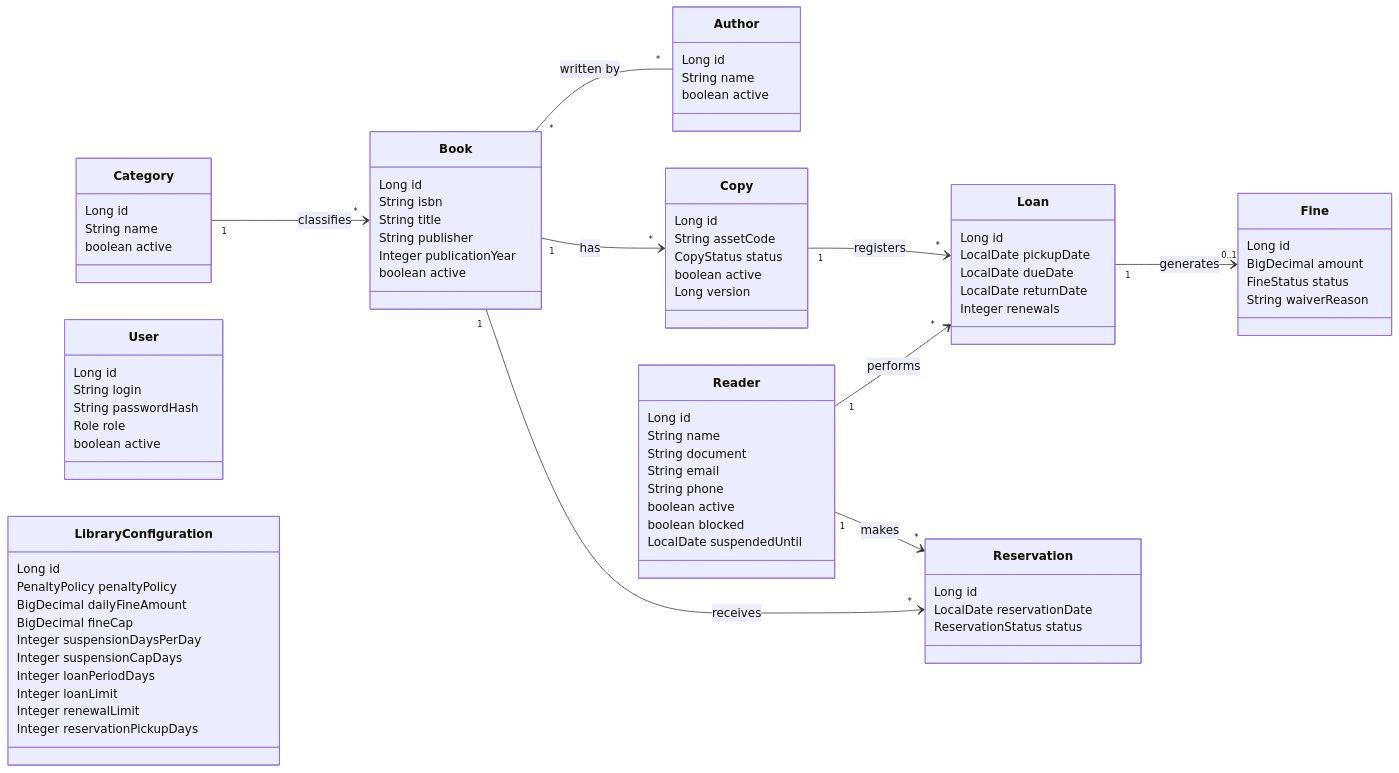
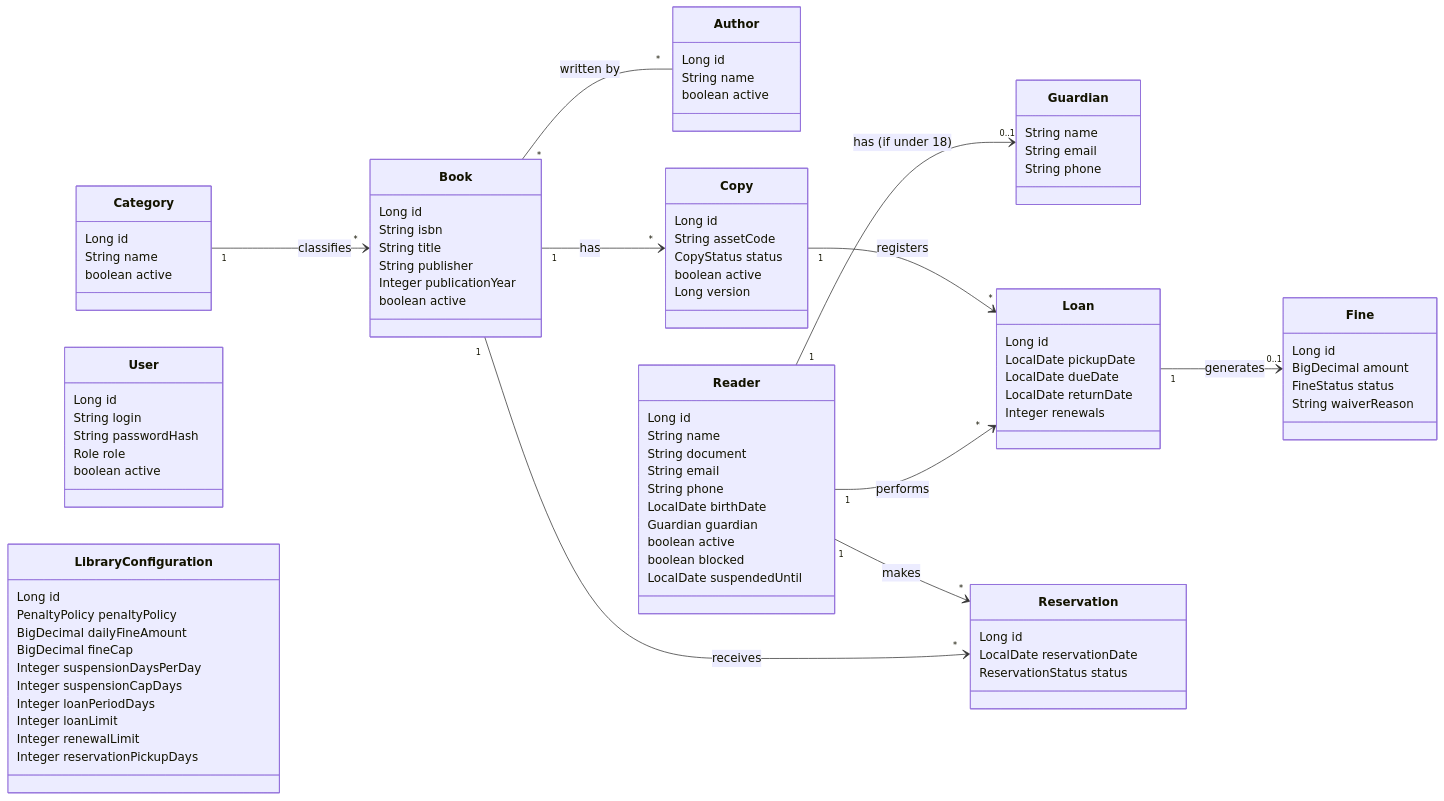
Before and after one commit to Riverfount/BooksManager: the diagram in docs/diagramas.md, drawn with Mermaid. The commit also changed 3 other files, not shown here.

```diff
--- a/docs/diagramas.md
+++ b/docs/diagramas.md
@@ -38,9 +38,16 @@
         String document
         String email
         String phone
+        LocalDate birthDate
+        Guardian guardian
         boolean active
         boolean blocked
         LocalDate suspendedUntil
+    }
+    class Guardian {
+        String name
+        String email
+        String phone
     }
     class Loan {
         Long id
@@ -83,6 +90,7 @@
     Category "1" --> "*" Book : classifies
     Book "1" --> "*" Copy : has
     Copy "1" --> "*" Loan : registers
+    Reader "1" --> "0..1" Guardian : has (if under 18)
     Reader "1" --> "*" Loan : performs
     Loan "1" --> "0..1" Fine : generates
     Reader "1" --> "*" Reservation : makes
```
